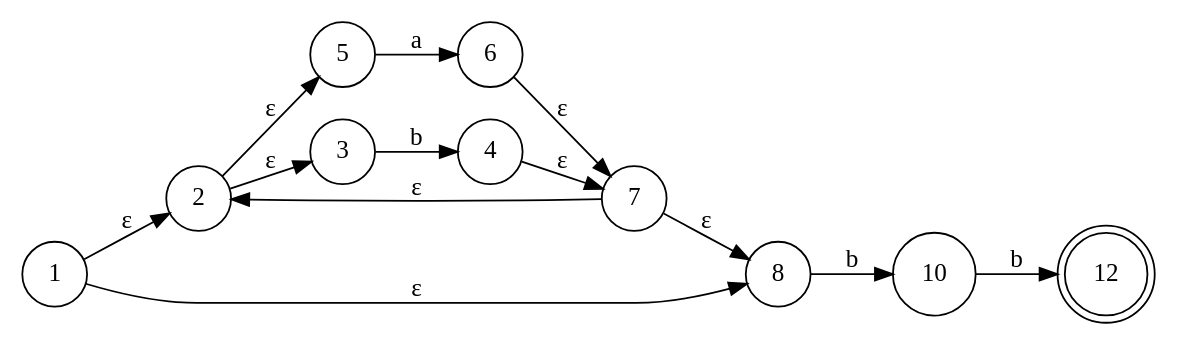
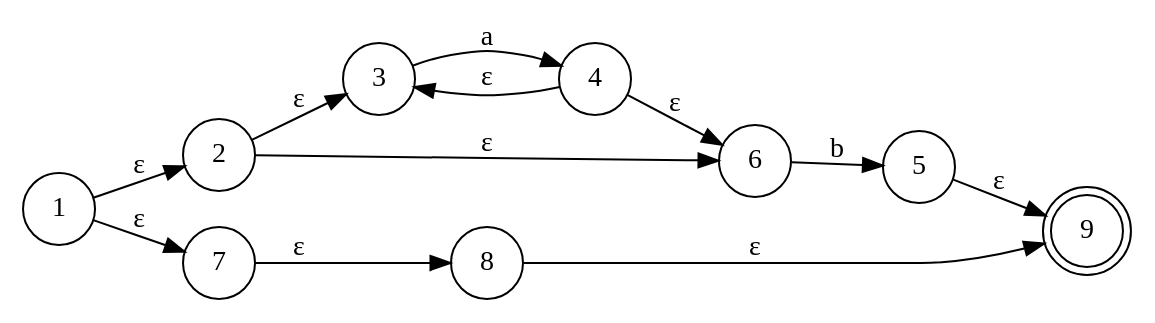
Before and after one commit to josepablito16/Regex-Engine: the diagram in Entrega final/fsm.gv, drawn with Graphviz. The commit also changed 5 other files, not shown here.

```diff
--- a/Entrega final/fsm.gv
+++ b/Entrega final/fsm.gv
@@ -1,18 +1,17 @@
 digraph finite_state_machine {
 	rankdir=LR size="8,5"
 	node [shape=doublecircle]
-	12
+	9
 	node [shape=circle]
 	1 -> 2 [label="ε"]
-	1 -> 8 [label="ε"]
-	2 -> 5 [label="ε"]
+	1 -> 7 [label="ε"]
+	7 -> 8 [label="ε"]
+	8 -> 9 [label="ε"]
 	2 -> 3 [label="ε"]
-	3 -> 4 [label=b]
-	4 -> 7 [label="ε"]
-	5 -> 6 [label=a]
-	6 -> 7 [label="ε"]
-	7 -> 2 [label="ε"]
-	7 -> 8 [label="ε"]
-	8 -> 10 [label=b]
-	10 -> 12 [label=b]
+	2 -> 6 [label="ε"]
+	3 -> 4 [label=a]
+	4 -> 3 [label="ε"]
+	4 -> 6 [label="ε"]
+	5 -> 9 [label="ε"]
+	6 -> 5 [label=b]
 }
```
